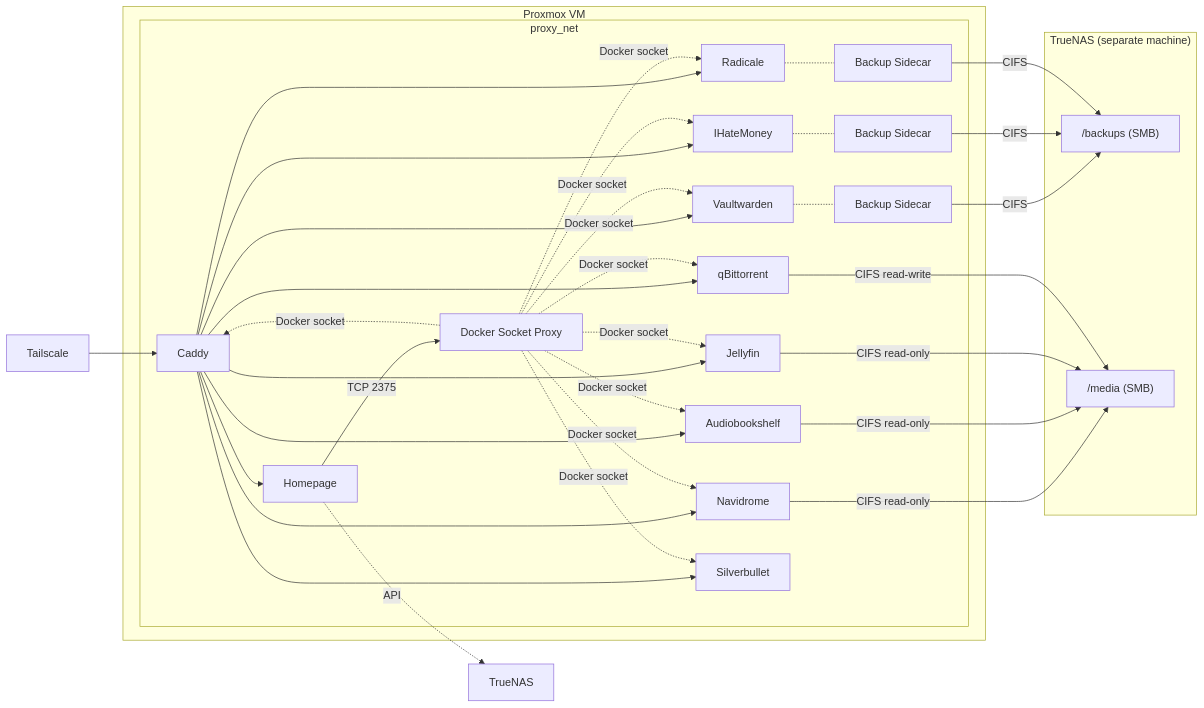
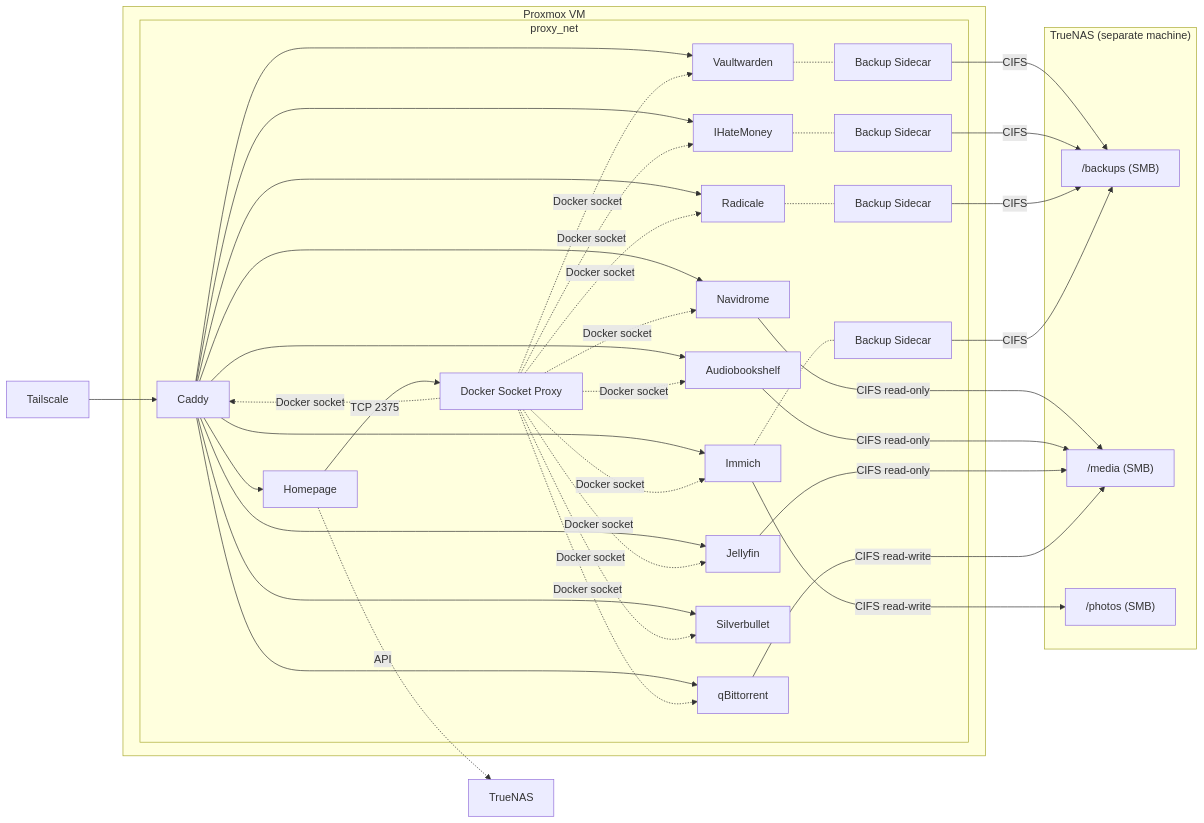
The first of 2 diagrams in README.md (masolnada/homelab), drawn with Mermaid before and after one commit. The commit also changed other lines of this file and 3 other files, not shown here.

````diff
--- a/README.md
+++ b/README.md
@@ -7,46 +7,52 @@
 ```mermaid
 graph LR
     TS[Tailscale] --> Caddy
 
     subgraph VM["Proxmox VM"]
         subgraph proxy_net
             Caddy --> Homepage
             Caddy --> Vaultwarden
             Caddy --> Navidrome
             Caddy --> Audiobookshelf
             Caddy --> IHateMoney
             Caddy --> Jellyfin
             Caddy --> qBittorrent
             Caddy --> Radicale
             Caddy --> Silverbullet
+            Caddy --> Immich[Immich]
             Homepage -->|TCP 2375| DockerProxy[Docker Socket Proxy]
             DockerProxy -.->|Docker socket| Caddy
             DockerProxy -.->|Docker socket| Vaultwarden
             DockerProxy -.->|Docker socket| Navidrome
             DockerProxy -.->|Docker socket| Audiobookshelf
             DockerProxy -.->|Docker socket| IHateMoney
             DockerProxy -.->|Docker socket| Jellyfin
             DockerProxy -.->|Docker socket| qBittorrent
             DockerProxy -.->|Docker socket| Radicale
             DockerProxy -.->|Docker socket| Silverbullet
+            DockerProxy -.->|Docker socket| Immich
             Vaultwarden -.- Backup[Backup Sidecar]
             IHateMoney -.- IHMBackup[Backup Sidecar]
             Radicale -.- RadBackup[Backup Sidecar]
+            Immich -.- ImmichBackup[Backup Sidecar]
         end
     end
 
     subgraph NAS["TrueNAS (separate machine)"]
         backups["/backups (SMB)"]
         media["/media (SMB)"]
+        photos["/photos (SMB)"]
     end
 
     Homepage -.->|API| TrueNAS
 
     Backup -->|CIFS| backups
     IHMBackup -->|CIFS| backups
     RadBackup -->|CIFS| backups
+    ImmichBackup -->|CIFS| backups
     Navidrome -->|CIFS read-only| media
     Audiobookshelf -->|CIFS read-only| media
     Jellyfin -->|CIFS read-only| media
     qBittorrent -->|CIFS read-write| media
+    Immich -->|CIFS read-write| photos
 ```
````
